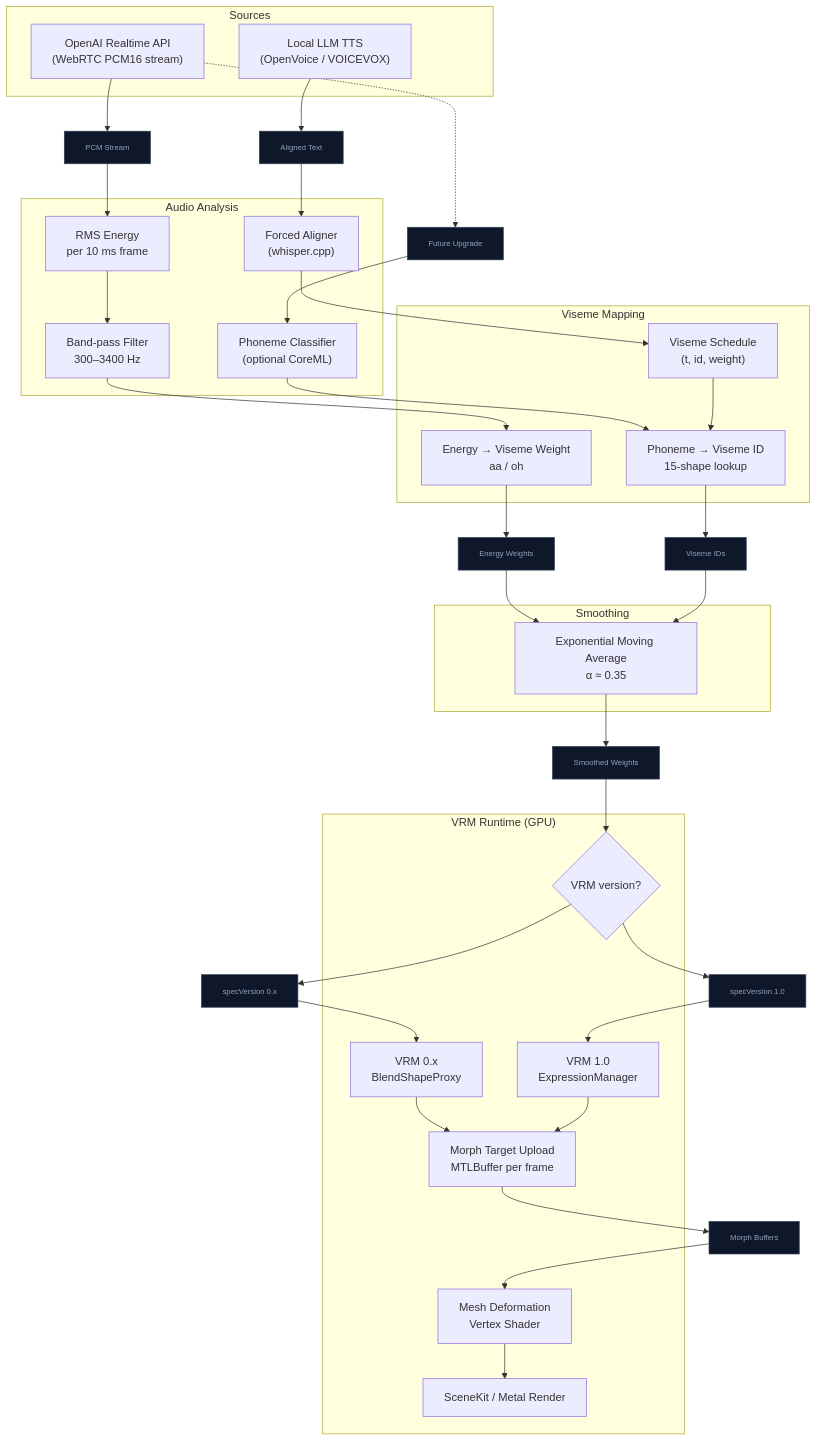
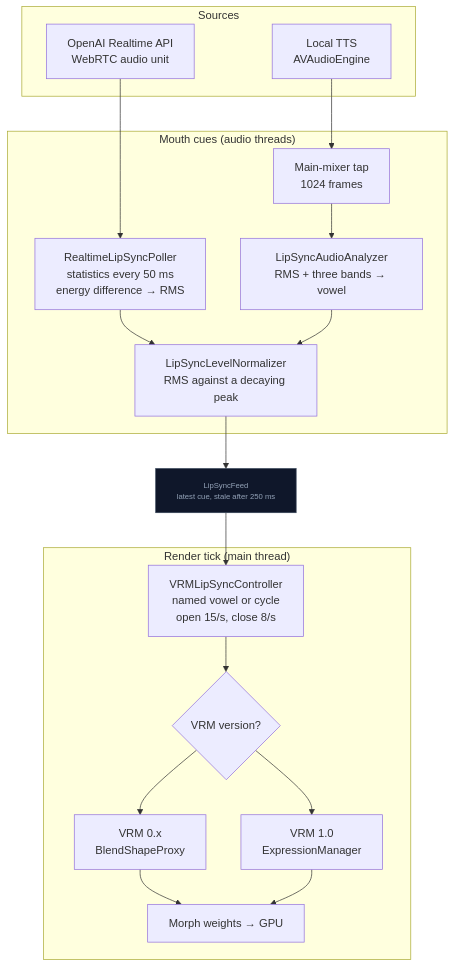
Before and after one commit to kevinliddel/NeuraLink: the diagram in docs/LipSync.md, drawn with Mermaid. The commit also changed other lines of this file and 17 other files, not shown here.

Commit message:
feat: add audio spectrum analysis and realtime lip-sync feed for VRM animation

````diff
--- a/docs/LipSync.md
+++ b/docs/LipSync.md
@@ -167,57 +161,28 @@
 ```mermaid
 flowchart TD
-    %% Sources
     subgraph Sources
-        OAI["OpenAI Realtime API\n(WebRTC PCM16 stream)"]
-        TTS["Local LLM TTS\n(OpenVoice / VOICEVOX)"]
+        OAI["OpenAI Realtime API<br/>WebRTC audio unit"]
+        TTS["Local TTS<br/>AVAudioEngine"]
     end
-
-    %% Audio Analysis
-    subgraph AudioAnalysis["Audio Analysis"]
-        RMS["RMS Energy\nper 10 ms frame"]
-        BPF["Band-pass Filter\n300–3400 Hz"]
-        PHO["Phoneme Classifier\n(optional CoreML)"]
-        ALN["Forced Aligner\n(whisper.cpp)"]
+    subgraph Cues["Mouth cues (audio threads)"]
+        POLL["RealtimeLipSyncPoller<br/>statistics every 50 ms<br/>energy difference → RMS"]
+        TAP["Main-mixer tap<br/>1024 frames"]
+        ANA["LipSyncAudioAnalyzer<br/>RMS + three bands → vowel"]
+        NORM["LipSyncLevelNormalizer<br/>RMS against a decaying peak"]
     end
-
-    %% Viseme Mapping
-    subgraph VisemeMapper["Viseme Mapping"]
-        EV["Energy → Viseme Weight\naa / oh"]
-        PV["Phoneme → Viseme ID\n15-shape lookup"]
-        SCH["Viseme Schedule\n(t, id, weight)"]
+    FEED["LipSyncFeed<br/>latest cue, stale after 250 ms"]
+    subgraph Render["Render tick (main thread)"]
+        CTRL["VRMLipSyncController<br/>named vowel or cycle<br/>open 15/s, close 8/s"]
+        VER{"VRM version?"}
+        V0["VRM 0.x<br/>BlendShapeProxy"]
+        V1["VRM 1.0<br/>ExpressionManager"]
+        MORPH["Morph weights → GPU"]
     end
-
-    %% Smoothing
-    subgraph Smoothing
-        EMA["Exponential Moving Average\nα ≈ 0.35"]
-    end
-
-    %% VRM Runtime
-    subgraph VRMRuntime["VRM Runtime (GPU)"]
-        VER{"VRM version?"}
-        V0["VRM 0.x\nBlendShapeProxy"]
-        V1["VRM 1.0\nExpressionManager"]
-        MORPH["Morph Target Upload\nMTLBuffer per frame"]
-        MESH["Mesh Deformation\nVertex Shader"]
-        RENDER["SceneKit / Metal Render"]
-    end
-
-    %% Flow
-    OAI --> D1["PCM Stream"] --> RMS --> BPF --> EV
-    OAI -.-> D2["Future Upgrade"] --> PHO --> PV
-    TTS --> D3["Aligned Text"] --> ALN --> SCH --> PV
-
-    EV --> D4["Energy Weights"] --> EMA
-    PV --> D5["Viseme IDs"] --> EMA
-
-    EMA --> D6["Smoothed Weights"] --> VER
-
-    VER --> D7["specVersion 0.x"] --> V0 --> MORPH
-    VER --> D8["specVersion 1.0"] --> V1 --> MORPH
-
-    MORPH --> D9["Morph Buffers"] --> MESH --> RENDER
-
-    %% Data style (consistent with your other diagrams)
+    OAI --> POLL --> NORM --> FEED
+    TTS --> TAP --> ANA --> NORM
+    FEED --> CTRL --> VER
+    VER --> V0 --> MORPH
+    VER --> V1 --> MORPH
     classDef data fill:#0f172a,stroke:#334155,color:#94a3b8,font-size:11px
-    class D1,D2,D3,D4,D5,D6,D7,D8,D9 data
+    class FEED data
 ```
````
